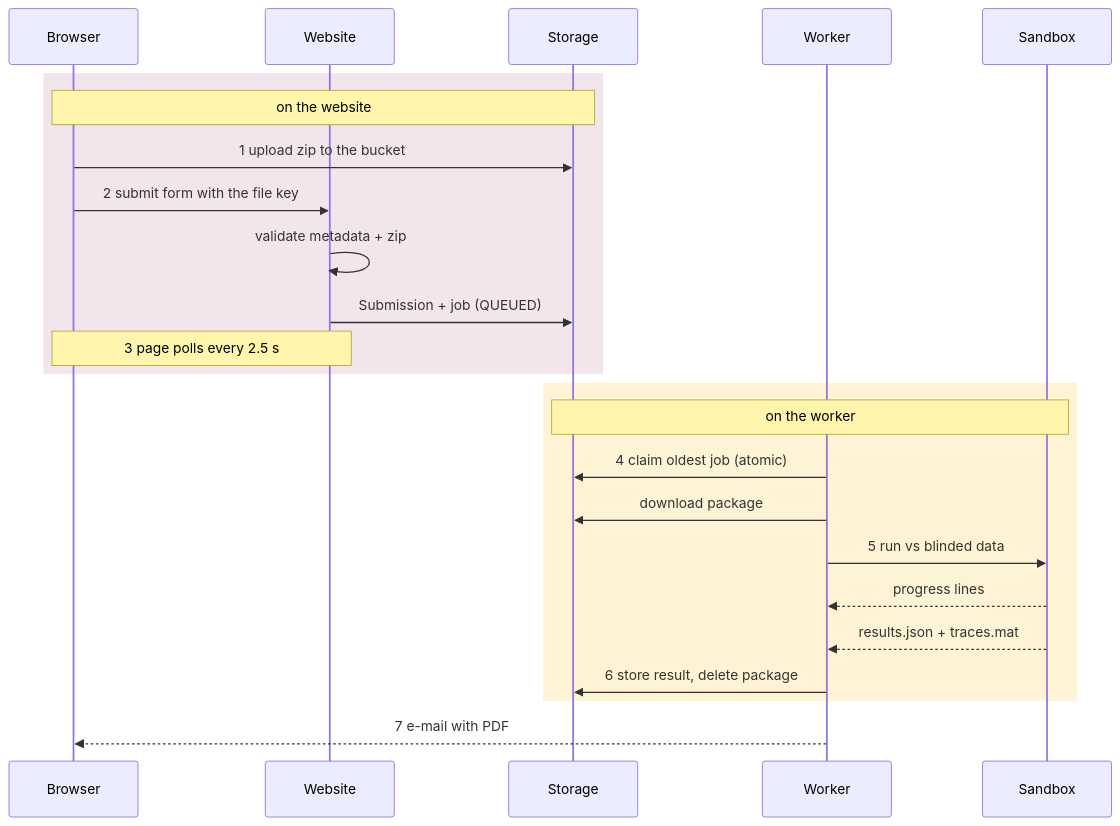
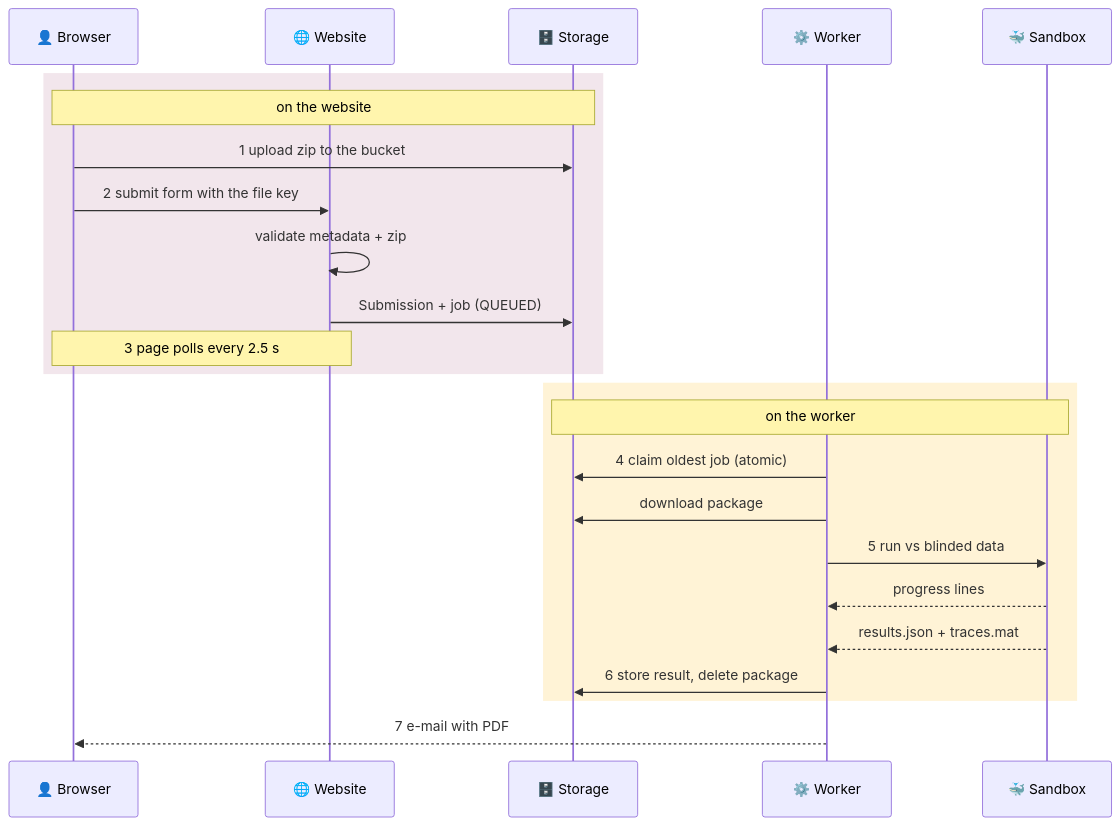
The first of 10 diagrams in docs/walkthrough/04-life-of-a-submission-end-to-end.md (McMaster-Battery-Research-Group/battery-soc-benchmark), drawn with Mermaid before and after one commit. The commit also changed other lines of this file and 38 other files, not shown here.

Commit message:
Walkthrough: consistent icon system (icon key, part and section icons, diagram labels) + tool/company logos

````diff
--- a/docs/walkthrough/04-life-of-a-submission-end-to-end.md
+++ b/docs/walkthrough/04-life-of-a-submission-end-to-end.md
@@ -7,27 +7,27 @@
 ```mermaid
 sequenceDiagram
-    participant R as Browser
-    participant W as Website
-    participant DB as Storage
-    participant K as Worker
-    participant S as Sandbox
+    participant R as 👤 Browser
+    participant W as 🌐 Website
+    participant DB as 🗄️ Storage
+    participant K as ⚙️ Worker
+    participant S as 🐳 Sandbox
 
     rect rgb(242,230,236)
     Note over R,DB: on the website
     R->>DB: 1 upload zip to the bucket
     R->>W: 2 submit form with the file key
     W->>W: validate metadata + zip
     W->>DB: Submission + job (QUEUED)
     Note over R,W: 3 page polls every 2.5 s
     end
     rect rgb(255,243,214)
     Note over DB,S: on the worker
     K->>DB: 4 claim oldest job (atomic)
     K->>DB: download package
     K->>S: 5 run vs blinded data
     S-->>K: progress lines
     S-->>K: results.json + traces.mat
     K->>DB: 6 store result, delete package
     end
     K-->>R: 7 e-mail with PDF
 ```
````
